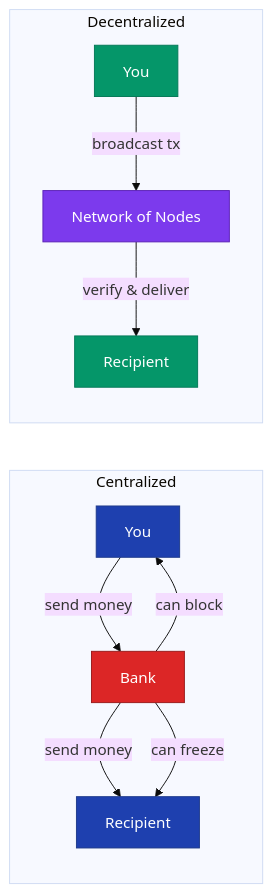
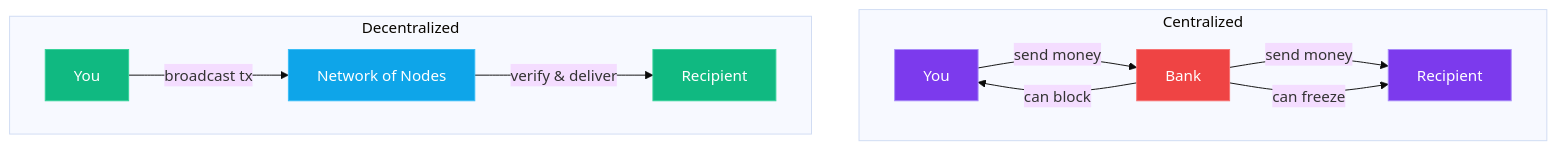
One commit to jestersimpps/cv changed the diagram in content/blog/crypto-unlocked-01-why-crypto-exists.mdx. Above: the diagram before and after it, drawn with Mermaid (base theme). The commit also changed 12 other files, not shown here.

Commit message:
fix(blog): convert all mermaid diagrams to vertical (TD) for mobile readability, dark theme component

````diff
--- a/content/blog/crypto-unlocked-01-why-crypto-exists.mdx
+++ b/content/blog/crypto-unlocked-01-why-crypto-exists.mdx
@@ -82,21 +82,21 @@
 ```mermaid
-graph LR
+graph TD
     subgraph Centralized
         U1[You] -->|send money| B[Bank]
         B -->|send money| U2[Recipient]
         B -->|can block| U1
         B -->|can freeze| U2
     end
 
     subgraph Decentralized
         D1[You] -->|broadcast tx| N[Network of Nodes]
         N -->|verify & deliver| D2[Recipient]
     end
 
-    style B fill:#dc2626,stroke:#991b1b,color:#fff
-    style N fill:#7c3aed,stroke:#5b21b6,color:#fff
-    style U1 fill:#1e40af,stroke:#1e3a8a,color:#fff
-    style U2 fill:#1e40af,stroke:#1e3a8a,color:#fff
-    style D1 fill:#059669,stroke:#047857,color:#fff
-    style D2 fill:#059669,stroke:#047857,color:#fff
+    style U1 fill:#7c3aed,stroke:#a78bfa,color:#fff
+    style U2 fill:#7c3aed,stroke:#a78bfa,color:#fff
+    style B fill:#ef4444,stroke:#f87171,color:#fff
+    style D1 fill:#10b981,stroke:#34d399,color:#fff
+    style D2 fill:#10b981,stroke:#34d399,color:#fff
+    style N fill:#0ea5e9,stroke:#38bdf8,color:#fff
 ```
````
